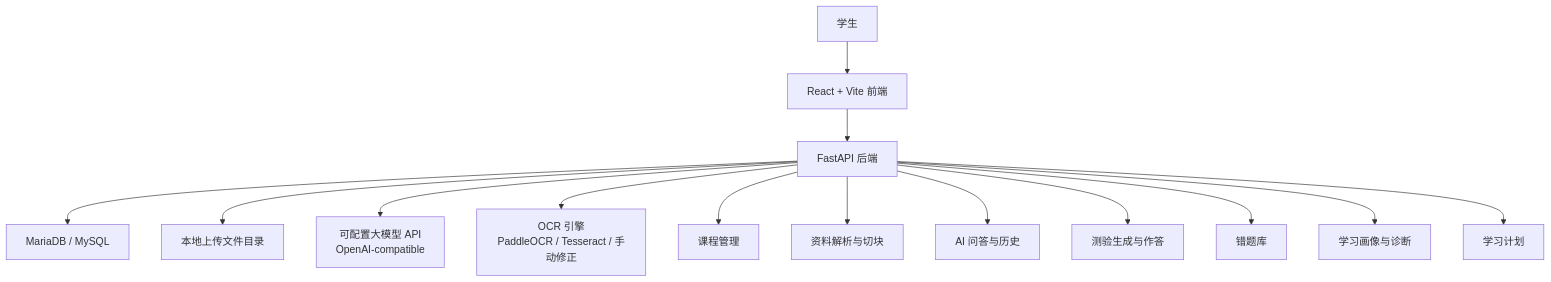
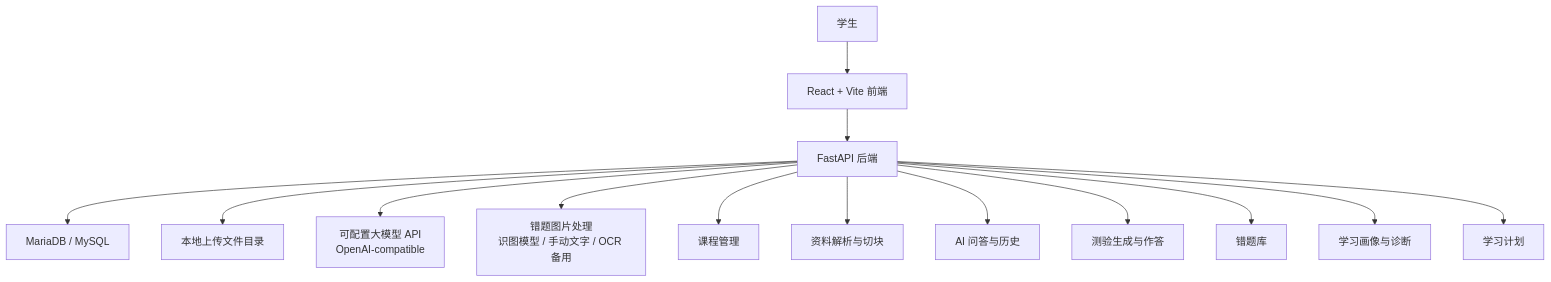
One commit to fox7372/ai-coach changed the first of 2 diagrams in README.md. Above: the diagram before and after it, drawn with Mermaid. The commit also changed other lines of this file and 4 other files, not shown here.

````diff
--- a/README.md
+++ b/README.md
@@ -79,25 +79,25 @@
 ```mermaid
 flowchart TD
     Student["学生"]
     Frontend["React + Vite 前端"]
     Backend["FastAPI 后端"]
     DB["MariaDB / MySQL"]
     Uploads["本地上传文件目录"]
     AI["可配置大模型 API<br/>OpenAI-compatible"]
-    OCR["OCR 引擎<br/>PaddleOCR / Tesseract / 手动修正"]
+    ImageAI["错题图片处理<br/>识图模型 / 手动文字 / OCR 备用"]
 
     Student --> Frontend
     Frontend --> Backend
     Backend --> DB
     Backend --> Uploads
     Backend --> AI
-    Backend --> OCR
+    Backend --> ImageAI
 
     Backend --> Courses["课程管理"]
     Backend --> Documents["资料解析与切块"]
     Backend --> QA["AI 问答与历史"]
     Backend --> Quiz["测验生成与作答"]
     Backend --> Mistakes["错题库"]
     Backend --> Profile["学习画像与诊断"]
     Backend --> Plan["学习计划"]
 ```
````
